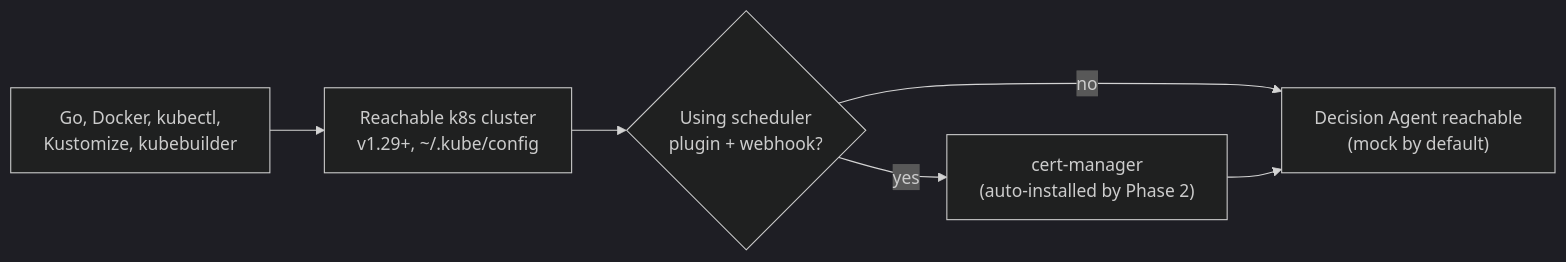
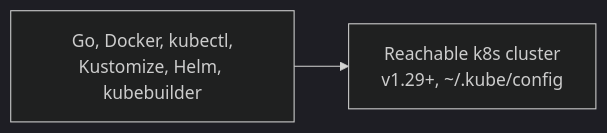
One commit to HIRO-MicroDataCenters-BV/hiro-adaptive-orchestrator changed the third of 6 diagrams in README.md. Above: the diagram before and after it, drawn with Mermaid (dark theme). The commit also changed other lines of this file and 9 other files, not shown here.

````diff
--- a/README.md
+++ b/README.md
@@ -489,8 +116,4 @@
 ```mermaid
 flowchart LR
-    Tools["Go, Docker, kubectl,<br/>Kustomize, kubebuilder"] --> Cluster["Reachable k8s cluster<br/>v1.29+, ~/.kube/config"]
-    Cluster --> Webhook{"Using scheduler<br/>plugin + webhook?"}
-    Webhook -- yes --> CertMgr["cert-manager<br/>(auto-installed by Phase 2)"]
-    Webhook -- no --> Agent
-    CertMgr --> Agent["Decision Agent reachable<br/>(mock by default)"]
+    Tools["Go, Docker, kubectl,<br/>Kustomize, Helm, kubebuilder"] --> Cluster["Reachable k8s cluster<br/>v1.29+, ~/.kube/config"]
 ```
````
